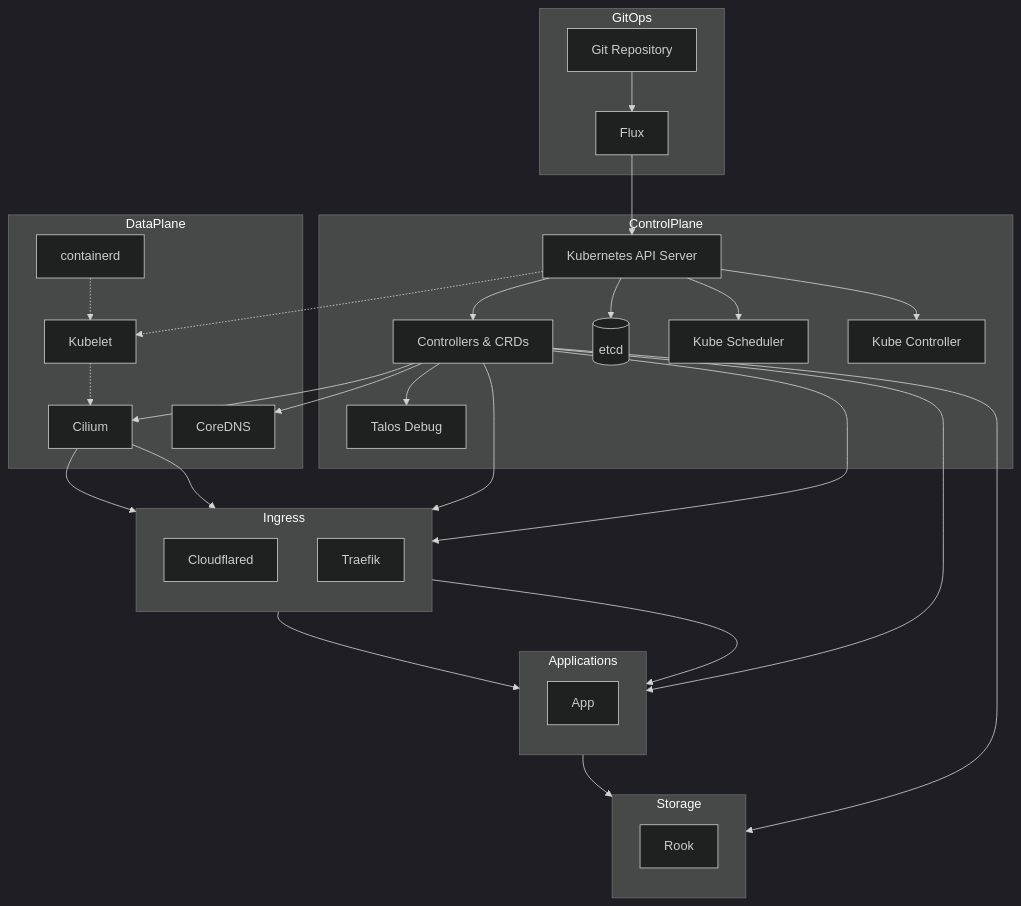
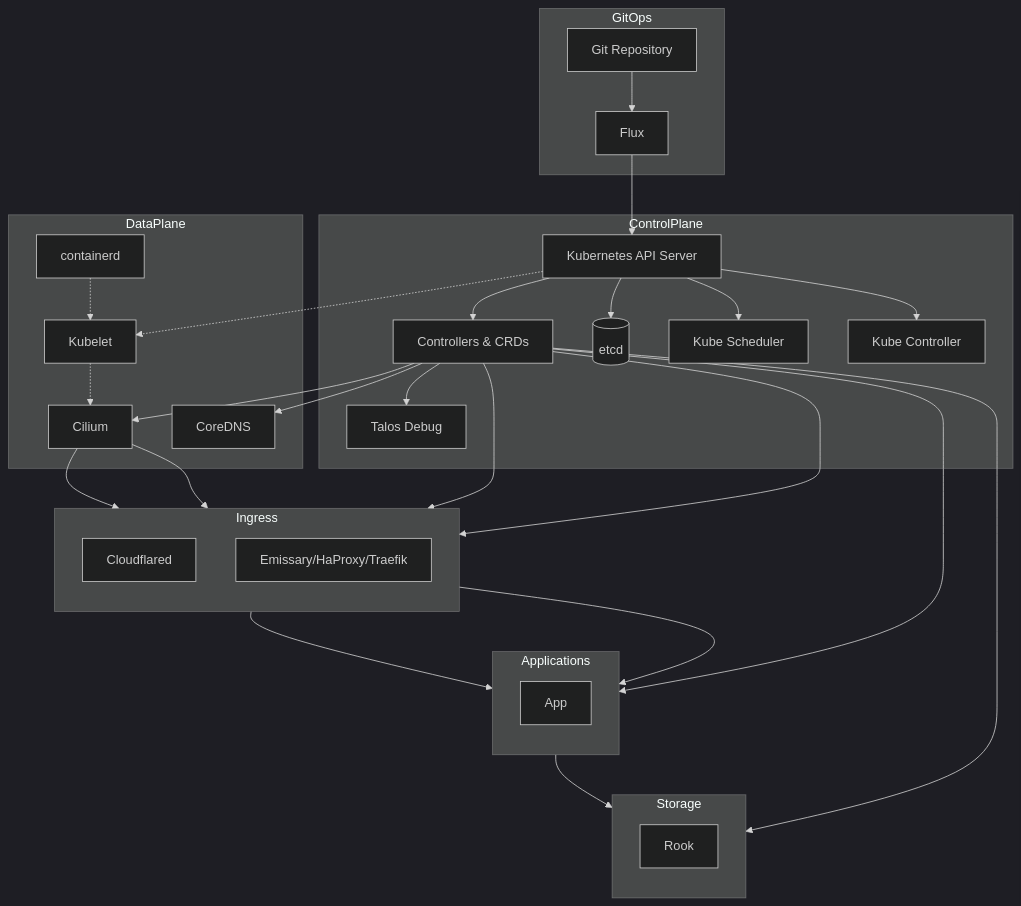
Before and after one commit to 0x4272616E646F6E/homelab: the diagram in README.md, drawn with Mermaid (dark theme). The commit also changed other lines of this file and 34 other files, not shown here.

````diff
--- a/README.md
+++ b/README.md
@@ -33,50 +40,50 @@
 ```mermaid
 flowchart TD
     subgraph GitOps
         G1[Git Repository]
         G2[Flux]
         G1 --> G2
     end
 
     subgraph ControlPlane
         G2 --> C1[Kubernetes API Server]
         C1 --> C2[Controllers & CRDs]
         C1 --> C3[(etcd)]
         C1 --> C4[Kube Scheduler]
         C1 --> C5[Kube Controller]
         C2 --> C6[Talos Debug]
     end
 
 
     subgraph DataPlane
         C2 --> D1[Cilium]
         C2 --> D2[CoreDNS]
         %% Node-level components
         D3[Kubelet] -.-> D1
         C1 -.-> D3[Kubelet]
         D4[containerd] -.-> D3
     end
 
 
     subgraph Ingress
         direction TB
         C2 --> I1[Cloudflared]
-        C2 --> I2[Traefik]
+        C2 --> I2[Emissary/HaProxy/Traefik]
         D1 --> I1[Cloudflared]
-        D1 --> I2[Traefik]
+        D1 --> I2[Emissary/HaProxy/Traefik]
     end
 
     subgraph Applications
         direction TB
         C2 --> A1[App]
          I1 --> A1[App]
          I2 --> A1[App]
     end
 
     subgraph Storage
         direction TB
         C2 --> S1[Rook]
         A1 --> S1[Rook]
     end
 
 ```
````
